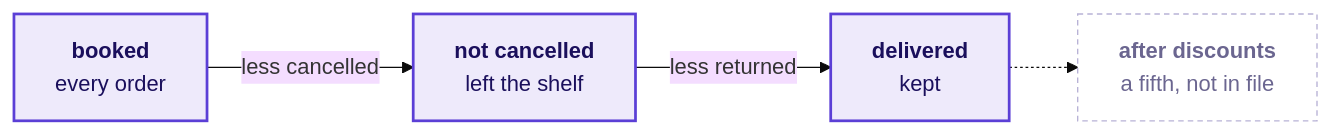
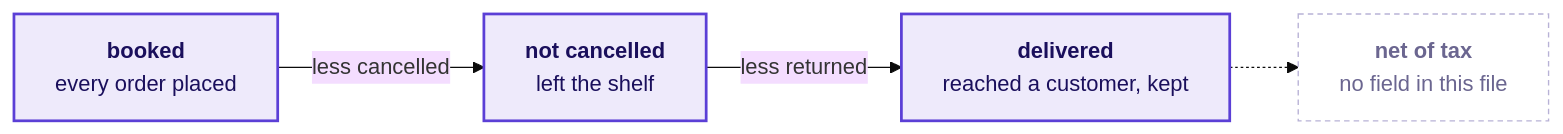
One commit to fde-academy-lab/c2-content-factory changed the ninth of 31 diagrams in content/W01/D1/slides/C2_W01_D01_half1_STUDENT.md. Above: the diagram before and after it, drawn with Mermaid (base theme). The commit also changed other lines of this file and 22 other files, not shown here.

````diff
--- a/content/W01/D1/slides/C2_W01_D01_half1_STUDENT.md
+++ b/content/W01/D1/slides/C2_W01_D01_half1_STUDENT.md
@@ -355,10 +504,10 @@
 ```mermaid
 flowchart LR
-    B["<b>booked</b><br/>every order"] -->|"less cancelled"| N["<b>not cancelled</b><br/>left the shelf"]
-    N -->|"less returned"| D["<b>delivered</b><br/>kept"]
-    D -.-> X["<b>after discounts</b><br/>a fifth, not in file"]
+    B["<b>booked</b><br/>every order placed"] -->|"less cancelled"| N["<b>not cancelled</b><br/>left the shelf"]
+    N -->|"less returned"| D["<b>delivered</b><br/>reached a customer, kept"]
+    D -.-> X["<b>net of tax</b><br/>no field in this file"]
     classDef known fill:#EEEAFB,stroke:#5B3FD6,color:#1A0F5C,stroke-width:2px
     classDef unknown fill:#FFFFFF,stroke:#B8B2D6,color:#6B6690,stroke-dasharray:4 3
     class B,N,D known
     class X unknown
 ```
````
